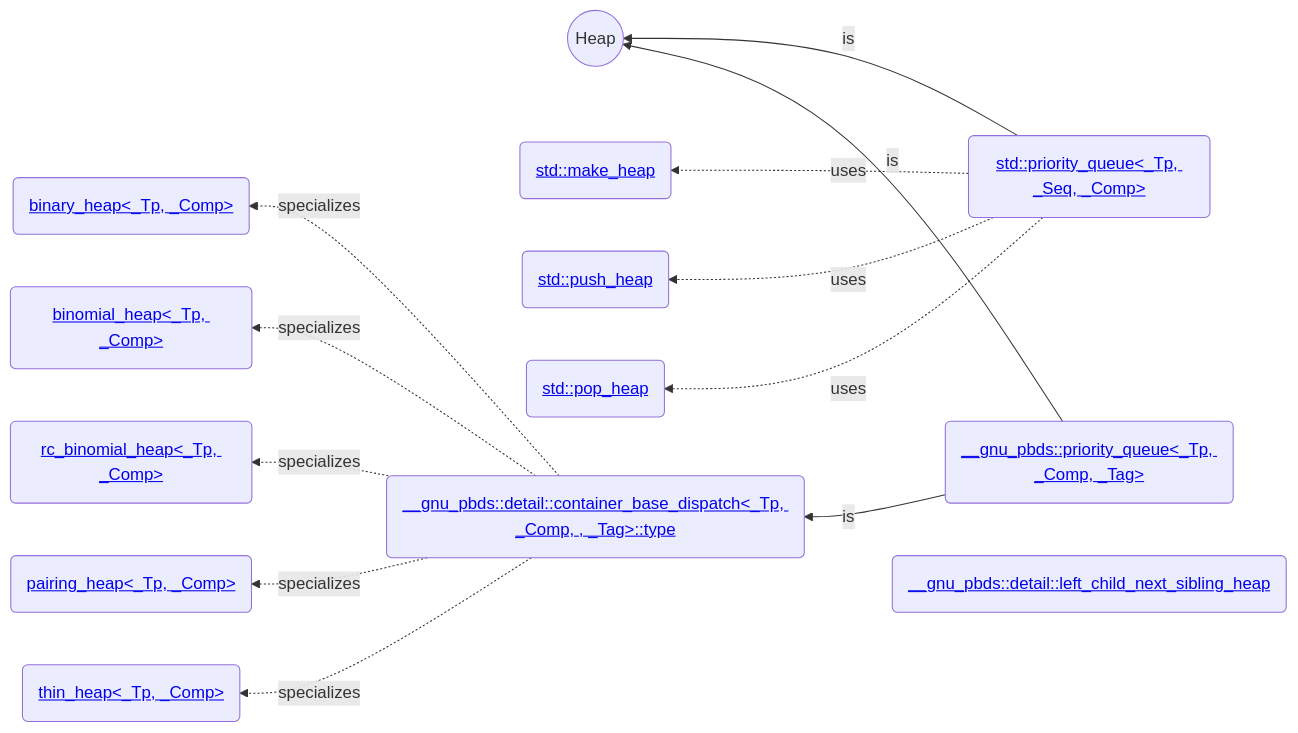
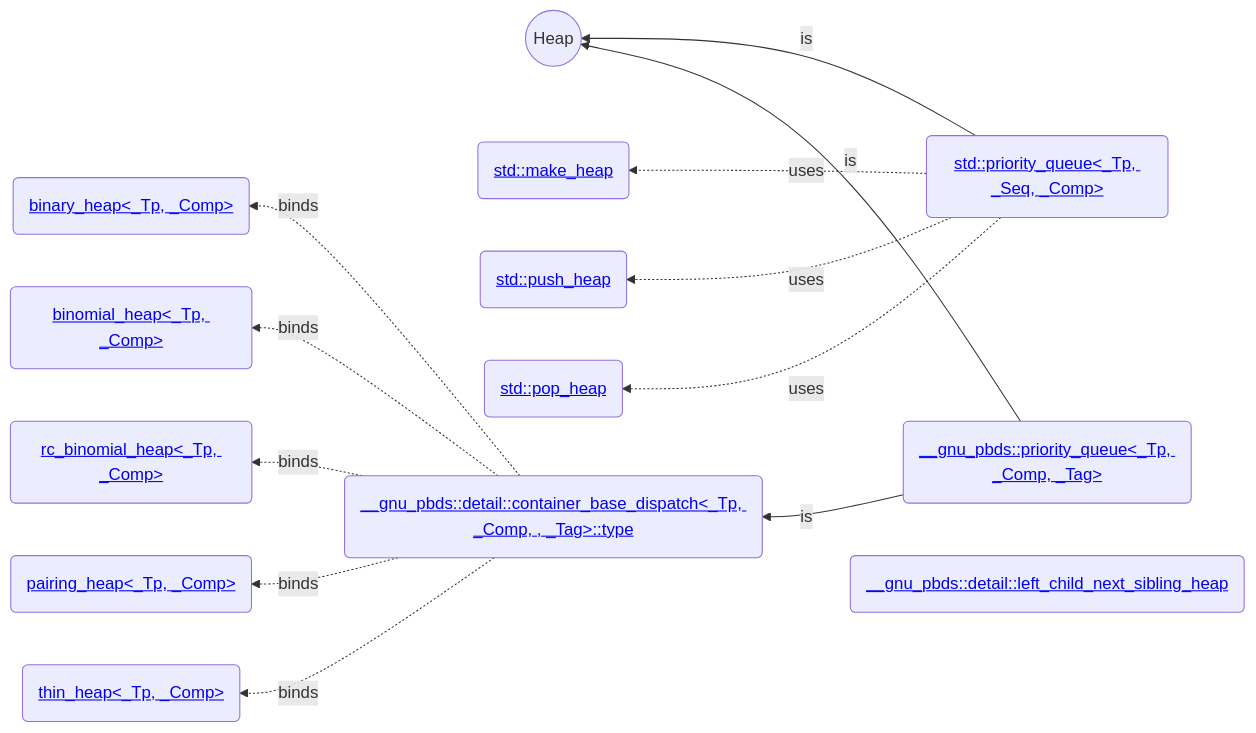
One commit to AsherJingkongChen/ds-assign4 changed the diagram in doc/priority_queue.md. Above: the diagram before and after it, drawn with Mermaid.

Commit message:
Asher Chen commited at 2022-12-28_17-08-01

````diff
--- a/doc/priority_queue.md
+++ b/doc/priority_queue.md
@@ -3,33 +3,33 @@
 ```mermaid
 graph RL;
 heap((Heap));
 spq(<a href=https://gcc.gnu.org/onlinedocs/gcc-12.2.0/libstdc++/api/a08762.html>std::priority_queue<_Tp, _Seq, _Comp></a>);
 make(<a href=https://gcc.gnu.org/onlinedocs/gcc-12.2.0/libstdc++/api/a01614.html#ga2a685c934e85086e5ac372026e8064f6>std::make_heap</a>);
 push(<a href=https://gcc.gnu.org/onlinedocs/gcc-12.2.0/libstdc++/api/a01614.html#gab628ce505c9574f8929a0fa49ed514b3>std::push_heap</a>);
 pop(<a href=https://gcc.gnu.org/onlinedocs/gcc-12.2.0/libstdc++/api/a01614.html#ga0a57ba46981d46e0f3ebd4703d0ad18b>std::pop_heap);
 
 binhp(<a href=https://gcc.gnu.org/onlinedocs/gcc-12.2.0/libstdc++/api/a13278.html>binary_heap<_Tp, _Comp></a>);
 bimhp(<a href=https://gcc.gnu.org/onlinedocs/gcc-12.2.0/libstdc++/api/a13326.html>binomial_heap<_Tp, _Comp></a>);
 pahp(<a href=https://gcc.gnu.org/onlinedocs/gcc-12.2.0/libstdc++/api/a13550.html>pairing_heap<_Tp, _Comp></a>);
 rbimhp(<a href=https://gcc.gnu.org/onlinedocs/gcc-12.2.0/libstdc++/api/a13654.html>rc_binomial_heap<_Tp, _Comp></a>);
 thinhp(<a href=https://gcc.gnu.org/onlinedocs/gcc-12.2.0/libstdc++/api/a13702.html>thin_heap<_Tp, _Comp></a>);
 
 gpq(<a href=https://gcc.gnu.org/onlinedocs/gcc-12.2.0/libstdc++/api/a12902.html>__gnu_pbds::priority_queue<_Tp, _Comp, _Tag></a>);
 gcbd(<a href=https://gcc.gnu.org/onlinedocs/gcc-12.2.0/libstdc++/api/a13070.html>__gnu_pbds::detail::container_base_dispatch<_Tp, _Comp, , _Tag>::type</a>);
 lcnsh(<a href=https://gcc.gnu.org/onlinedocs/gcc-12.2.0/libstdc++/api/a13482.html>__gnu_pbds::detail::left_child_next_sibling_heap</a>);
 
 spq -->|is| heap;
 gpq -->|is| heap;
 
 spq .->|uses| make;
 spq .->|uses| push;
 spq .->|uses| pop;
 
 gpq -->|is| gcbd;
 
-gcbd .->|specializes| binhp
-gcbd .->|specializes| bimhp
-gcbd .->|specializes| rbimhp
-gcbd .->|specializes| pahp
-gcbd .->|specializes| thinhp
+gcbd .->|binds| binhp
+gcbd .->|binds| bimhp
+gcbd .->|binds| rbimhp
+gcbd .->|binds| pahp
+gcbd .->|binds| thinhp
 ```
````
